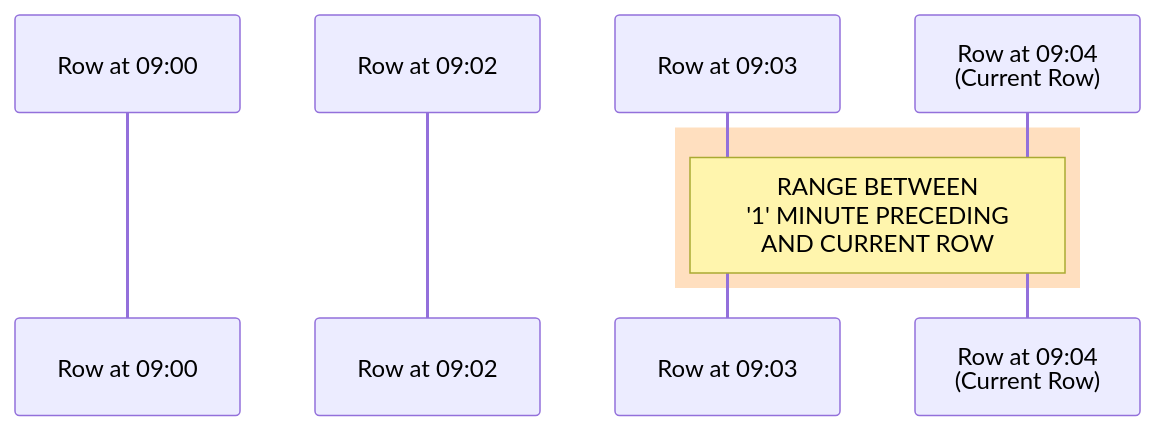
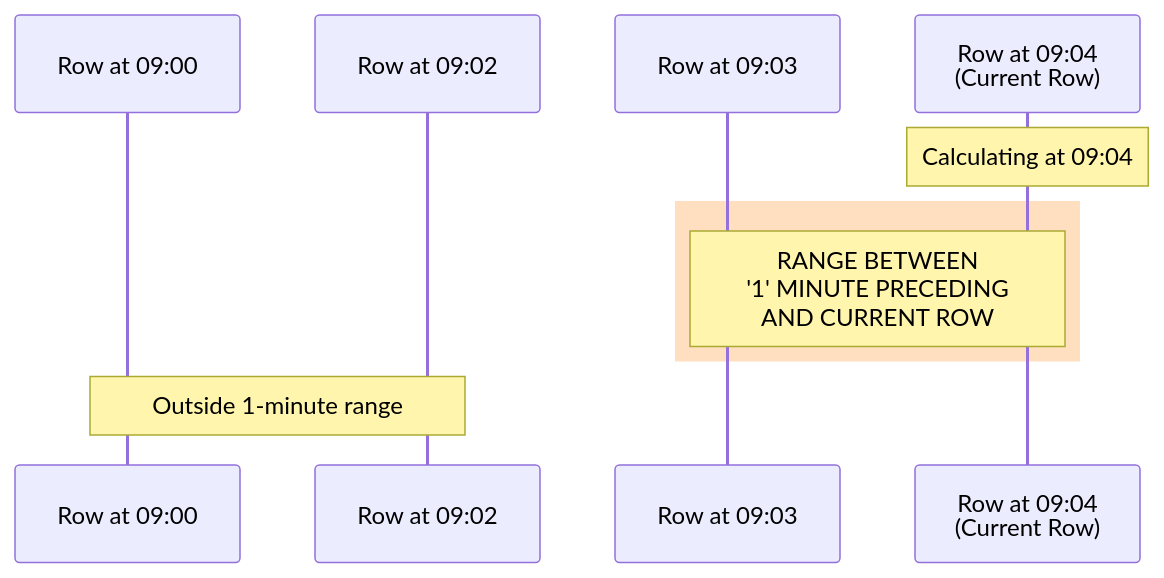
Before and after one commit to questdb/documentation: the third of 5 diagrams in documentation/reference/function/window.md, drawn with Mermaid. The commit also changed other lines of this file, not shown here.

Commit message:
improves diagram and wrapping text

````diff
--- a/documentation/reference/function/window.md
+++ b/documentation/reference/function/window.md
@@ -202,11 +202,17 @@
 ```mermaid
 sequenceDiagram
     participant R1 as Row at 09:00
     participant R2 as Row at 09:02
     participant R3 as Row at 09:03
     participant R4 as Row at 09:04<br/>(Current Row)
 
+    Note over R4: Calculating at 09:04
+
+    %% Only include rows within 1 minute of current row (09:03-09:04)
     rect rgba(255, 223, 191)
     Note over R3,R4: RANGE BETWEEN<br/>'1' MINUTE PRECEDING<br/>AND CURRENT ROW
     end
+
+    %% Show excluded rows in grey or with a visual indicator
+    Note over R1,R2: Outside 1-minute range
 ```
````
